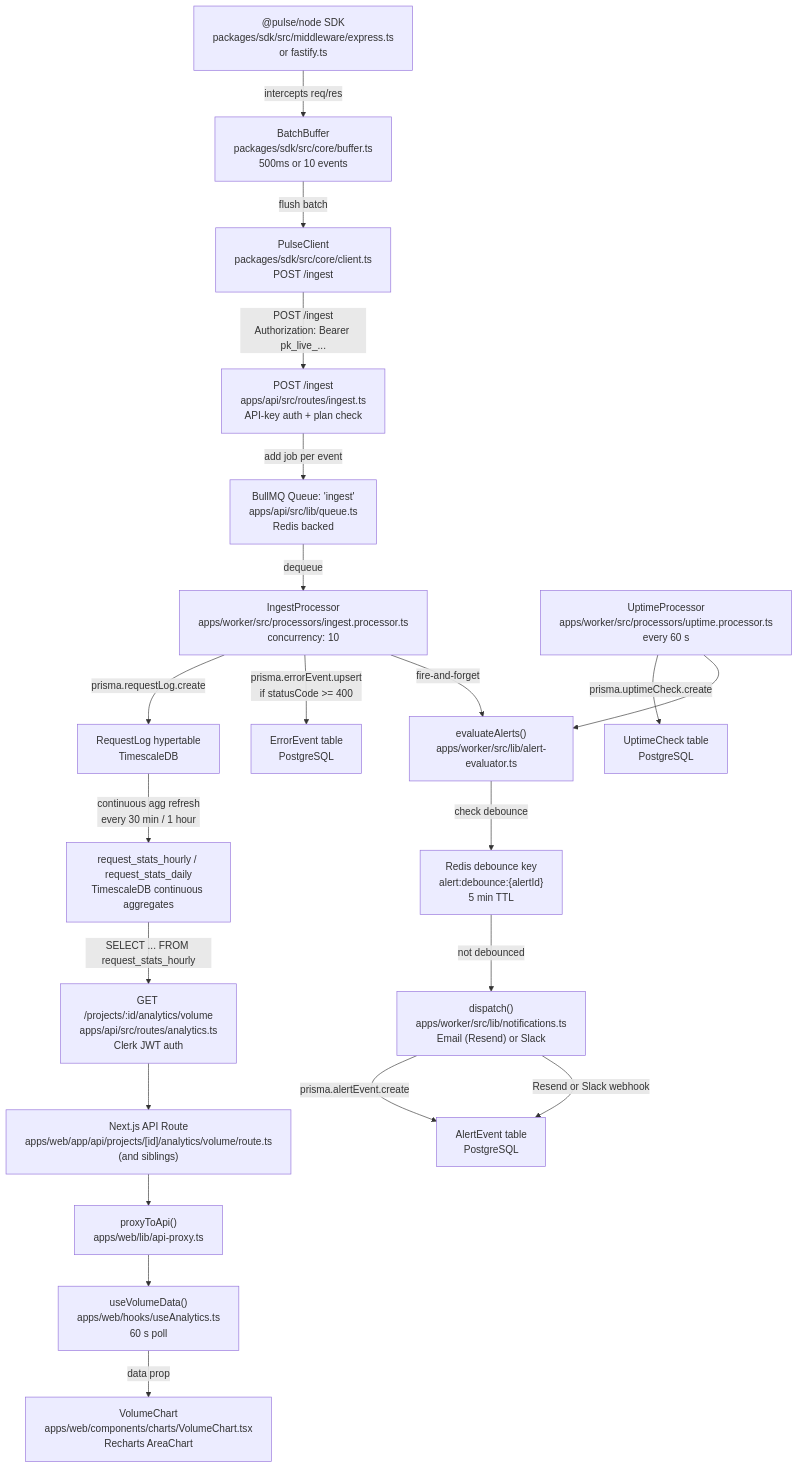
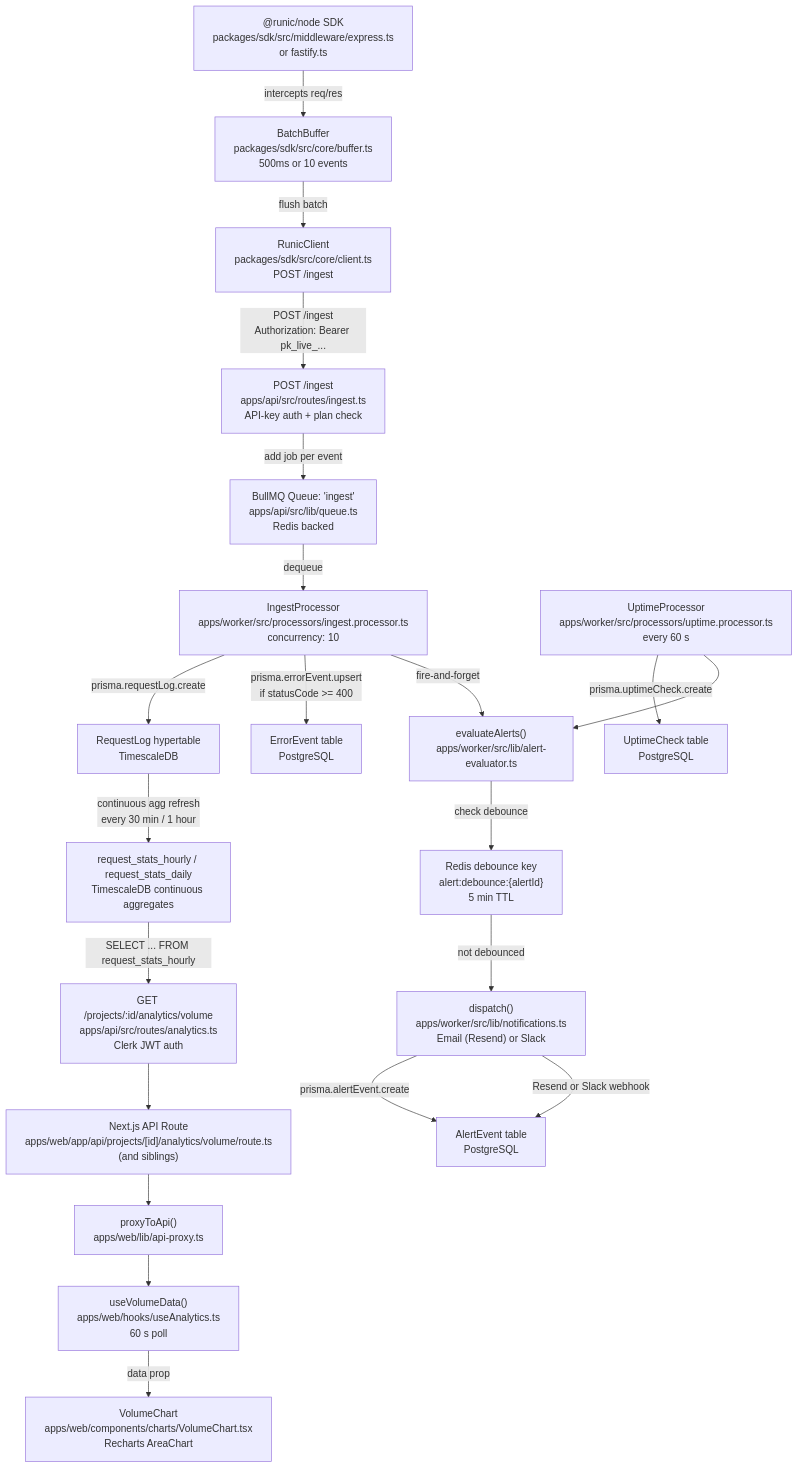
Before and after one commit to Twice908/Runic: the first of 3 diagrams in docs/architecture.md, drawn with Mermaid. The commit also changed other lines of this file and 127 other files, not shown here.

Commit message:
rename: Pulse to Runic

````diff
--- a/docs/architecture.md
+++ b/docs/architecture.md
@@ -136,53 +136,53 @@
 ```mermaid
 flowchart TD
-    SDK["@pulse/node SDK\npackages/sdk/src/middleware/express.ts\nor fastify.ts"]
+    SDK["@runic/node SDK\npackages/sdk/src/middleware/express.ts\nor fastify.ts"]
     BUFFER["BatchBuffer\npackages/sdk/src/core/buffer.ts\n500ms or 10 events"]
-    CLIENT["PulseClient\npackages/sdk/src/core/client.ts\nPOST /ingest"]
+    CLIENT["RunicClient\npackages/sdk/src/core/client.ts\nPOST /ingest"]
 
     INGEST_ROUTE["POST /ingest\napps/api/src/routes/ingest.ts\nAPI-key auth + plan check"]
     REDIS_Q["BullMQ Queue: 'ingest'\napps/api/src/lib/queue.ts\nRedis backed"]
 
     WORKER["IngestProcessor\napps/worker/src/processors/ingest.processor.ts\nconcurrency: 10"]
 
     RL["RequestLog hypertable\nTimescaleDB"]
     EE["ErrorEvent table\nPostgreSQL"]
 
     EVAL["evaluateAlerts()\napps/worker/src/lib/alert-evaluator.ts"]
     DEBOUNCE["Redis debounce key\nalert:debounce:{alertId}\n5 min TTL"]
     NOTIFY["dispatch()\napps/worker/src/lib/notifications.ts\nEmail (Resend) or Slack"]
     AE["AlertEvent table\nPostgreSQL"]
 
     UPTIME_PROC["UptimeProcessor\napps/worker/src/processors/uptime.processor.ts\nevery 60 s"]
     UC["UptimeCheck table\nPostgreSQL"]
 
     WEB_API["Next.js API Route\napps/web/app/api/projects/[id]/analytics/volume/route.ts\n(and siblings)"]
     PROXY["proxyToApi()\napps/web/lib/api-proxy.ts"]
     API_ANALYTICS["GET /projects/:id/analytics/volume\napps/api/src/routes/analytics.ts\nClerk JWT auth"]
     AGG["request_stats_hourly / request_stats_daily\nTimescaleDB continuous aggregates"]
 
     HOOK["useVolumeData()\napps/web/hooks/useAnalytics.ts\n60 s poll"]
     CHART["VolumeChart\napps/web/components/charts/VolumeChart.tsx\nRecharts AreaChart"]
 
     SDK -->|"intercepts req/res"| BUFFER
     BUFFER -->|"flush batch"| CLIENT
     CLIENT -->|"POST /ingest\nAuthorization: Bearer pk_live_..."| INGEST_ROUTE
     INGEST_ROUTE -->|"add job per event"| REDIS_Q
     REDIS_Q -->|"dequeue"| WORKER
     WORKER -->|"prisma.requestLog.create"| RL
     WORKER -->|"prisma.errorEvent.upsert\nif statusCode >= 400"| EE
     WORKER -->|"fire-and-forget"| EVAL
     EVAL -->|"check debounce"| DEBOUNCE
     DEBOUNCE -->|"not debounced"| NOTIFY
     NOTIFY -->|"prisma.alertEvent.create"| AE
     NOTIFY -->|"Resend or Slack webhook"| AE
 
     UPTIME_PROC -->|"prisma.uptimeCheck.create"| UC
     UPTIME_PROC --> EVAL
 
     RL -->|"continuous agg refresh\nevery 30 min / 1 hour"| AGG
     AGG -->|"SELECT ... FROM request_stats_hourly"| API_ANALYTICS
     API_ANALYTICS --> WEB_API
     WEB_API --> PROXY
     PROXY --> HOOK
     HOOK -->|"data prop"| CHART
 ```
````
